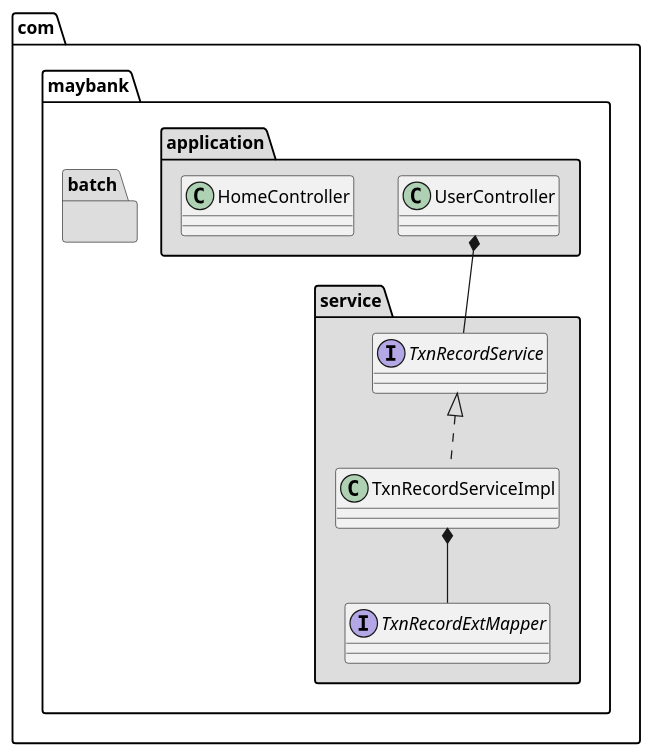
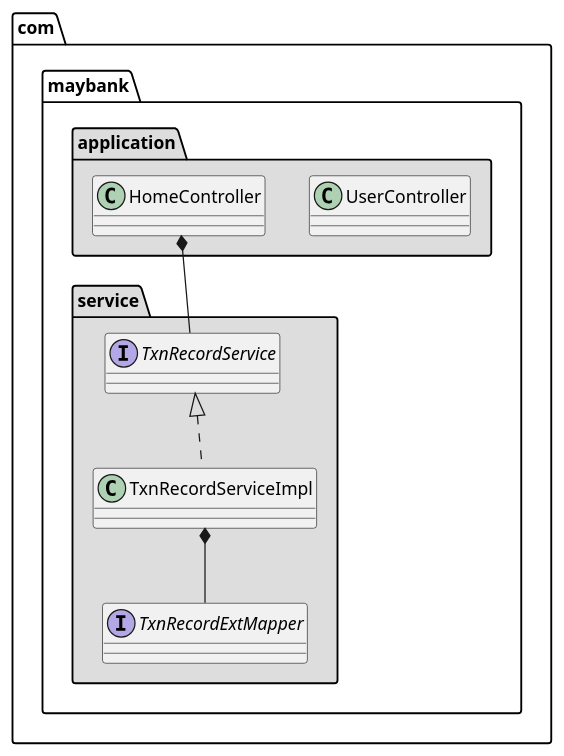
Before and after one commit to oka96/maybank-parent: the diagram in diagram/classdiagram.md, drawn with PlantUML. The commit also changed 3 other files, not shown here.

Commit message:
add activity diagram

````diff
--- a/diagram/classdiagram.md
+++ b/diagram/classdiagram.md
@@ -1,22 +1,18 @@
 ```plantuml
 @startuml
 namespace com.maybank.application #DDDDDD {
     class UserController
     class HomeController
 
-    UserController *-- com.maybank.service.TxnRecordService
+    HomeController *-- com.maybank.service.TxnRecordService
 }
 
 namespace com.maybank.service #DDDDDD {
     interface TxnRecordService
     class TxnRecordServiceImpl implements TxnRecordService
     interface TxnRecordExtMapper
     TxnRecordServiceImpl *-- TxnRecordExtMapper
 }
 
-namespace com.maybank.batch #DDDDDD {
-    
-}
-
 @enduml
 ```
````
